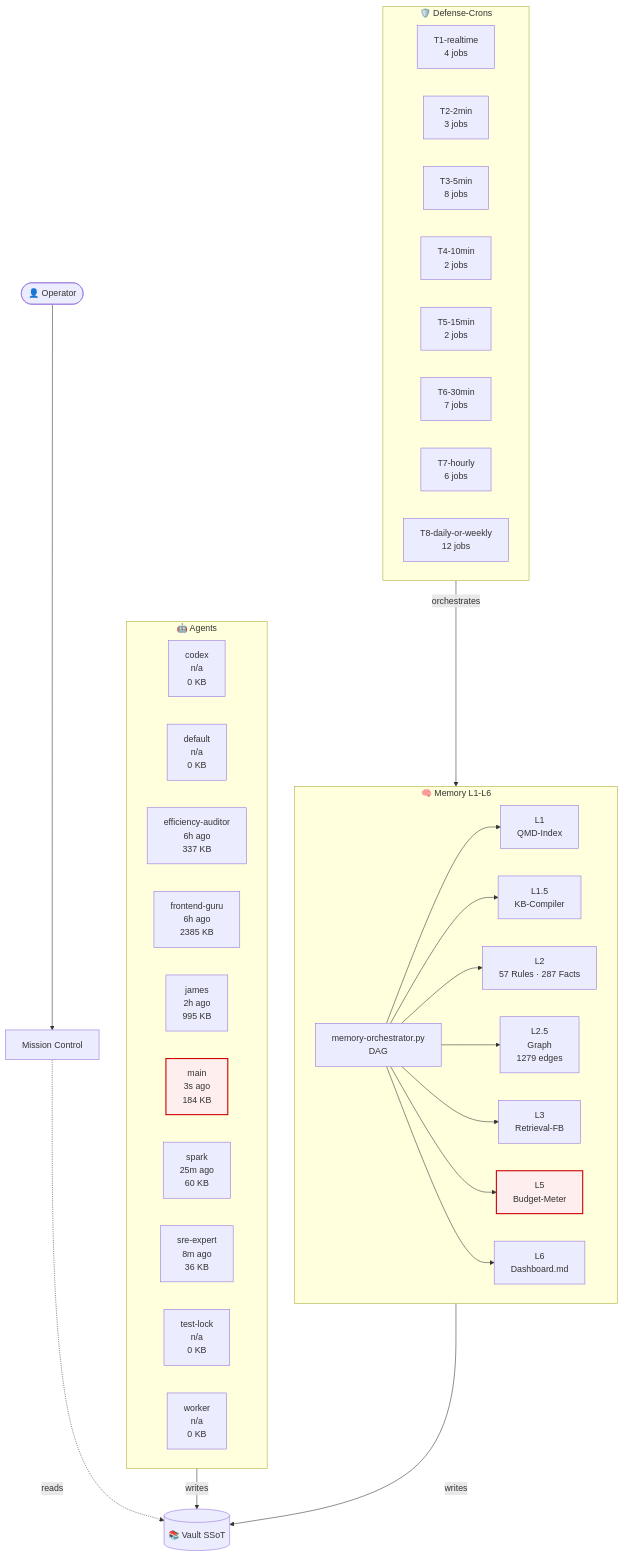
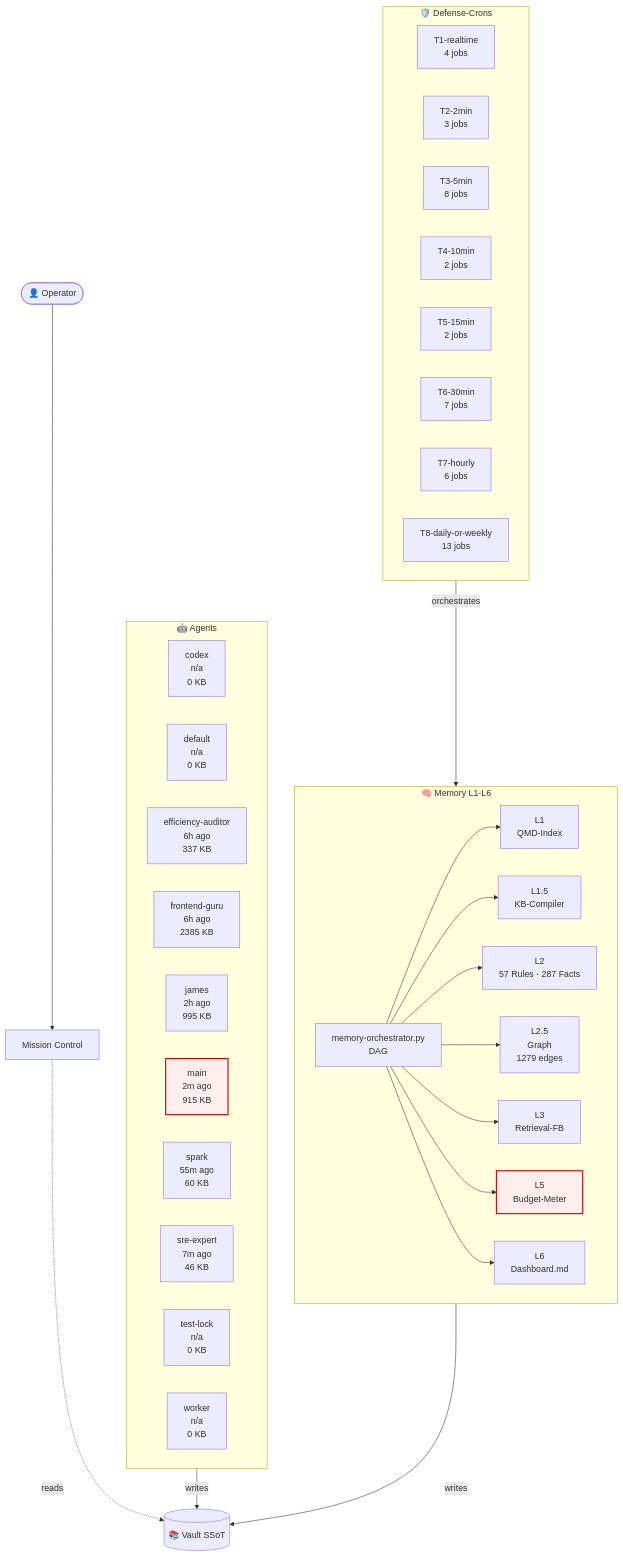
The diagram in 03-Agents/architecture-live.md (lenardhuebner88-rgb/openclaw-memory), drawn with Mermaid before and after one commit. The commit also changed other lines of this file and 19 other files, not shown here.

````diff
--- a/03-Agents/architecture-live.md
+++ b/03-Agents/architecture-live.md
@@ -18,53 +18,53 @@
 ```mermaid
 flowchart TB
     classDef critical fill:#fee,stroke:#c00,stroke-width:2px;
     subgraph AGT["🤖 Agents"]
         agent_codex["codex<br/>n/a<br/>0 KB"]
         agent_default["default<br/>n/a<br/>0 KB"]
         agent_efficiency_auditor["efficiency-auditor<br/>6h ago<br/>337 KB"]
         agent_frontend_guru["frontend-guru<br/>6h ago<br/>2385 KB"]
         agent_james["james<br/>2h ago<br/>995 KB"]
-        agent_main["main<br/>3s ago<br/>184 KB"]
-        agent_spark["spark<br/>25m ago<br/>60 KB"]
-        agent_sre_expert["sre-expert<br/>8m ago<br/>36 KB"]
+        agent_main["main<br/>2m ago<br/>915 KB"]
+        agent_spark["spark<br/>55m ago<br/>60 KB"]
+        agent_sre_expert["sre-expert<br/>7m ago<br/>46 KB"]
         agent_test_lock["test-lock<br/>n/a<br/>0 KB"]
         agent_worker["worker<br/>n/a<br/>0 KB"]
     end
     subgraph MEM["🧠 Memory L1-L6"]
         L1["L1<br/>QMD-Index"]
         L15["L1.5<br/>KB-Compiler"]
         L2["L2<br/>57 Rules · 287 Facts"]
         L25["L2.5<br/>Graph<br/>1279 edges"]
         L3["L3<br/>Retrieval-FB"]
         L5["L5<br/>Budget-Meter"]
         L6["L6<br/>Dashboard.md"]
         ORCH["memory-orchestrator.py<br/>DAG"]
     end
     subgraph CRN["🛡️ Defense-Crons"]
         tier_T1_realtime["T1-realtime<br/>4 jobs"]
         tier_T2_2min["T2-2min<br/>3 jobs"]
         tier_T3_5min["T3-5min<br/>8 jobs"]
         tier_T4_10min["T4-10min<br/>2 jobs"]
         tier_T5_15min["T5-15min<br/>2 jobs"]
         tier_T6_30min["T6-30min<br/>7 jobs"]
         tier_T7_hourly["T7-hourly<br/>6 jobs"]
-        tier_T8_daily_or_weekly["T8-daily-or-weekly<br/>12 jobs"]
+        tier_T8_daily_or_weekly["T8-daily-or-weekly<br/>13 jobs"]
     end
     VAULT[("📚 Vault SSoT")]
     OP([👤 Operator])
     MC["Mission Control"]
     OP --> MC
     MC -.reads.-> VAULT
     AGT -->|writes| VAULT
     MEM -->|writes| VAULT
     ORCH --> L1
     ORCH --> L15
     ORCH --> L2
     ORCH --> L25
     ORCH --> L3
     ORCH --> L5
     ORCH --> L6
     CRN -->|orchestrates| MEM
     class L5 critical
     class agent_main critical
 ```
````
